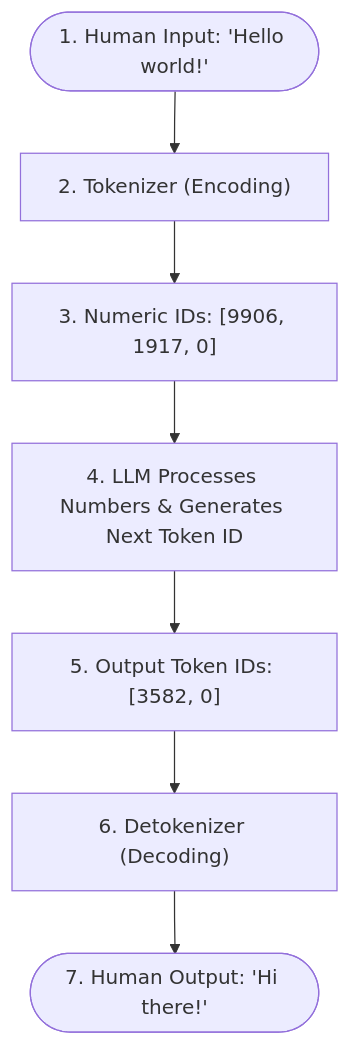
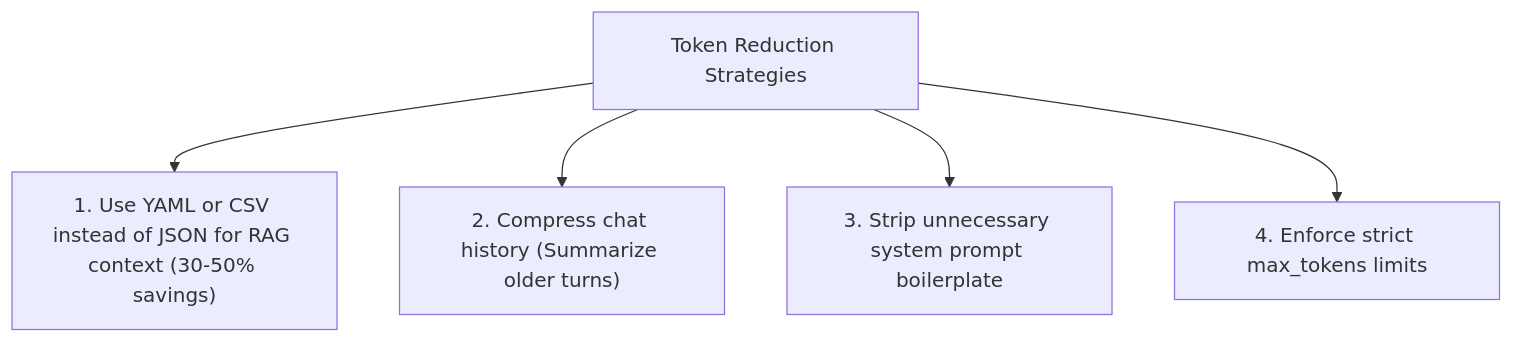
One commit to mr-mk-dev/py-ai-craft changed the ninth of 9 diagrams in 02-llm-api-fundamentals/02-tokens/README.md. Above: the diagram before and after it, drawn with Mermaid. The commit also changed other lines of this file and 114 other files, not shown here.

Commit message:
Full RoadMap .md file Completed

````diff
--- a/02-llm-api-fundamentals/02-tokens/README.md
+++ b/02-llm-api-fundamentals/02-tokens/README.md
@@ -109,9 +319,8 @@
 ```mermaid
 flowchart TD
-    UserText(["1. Human Input: 'Hello world!'"]) --> Tokenizer["2. Tokenizer (Encoding)"]
-    Tokenizer --> TokenIDs["3. Numeric IDs: [9906, 1917, 0]"]
-    TokenIDs --> LLM["4. LLM Processes Numbers & Generates Next Token ID"]
-    LLM --> GeneratedIDs["5. Output Token IDs: [3582, 0]"]
-    GeneratedIDs --> Detokenizer["6. Detokenizer (Decoding)"]
-    Detokenizer --> FinalText(["7. Human Output: 'Hi there!'"])
+    Optimize["Token Reduction Strategies"]
+    Optimize --> S1["1. Use YAML or CSV instead of JSON for RAG context (30-50% savings)"]
+    Optimize --> S2["2. Compress chat history (Summarize older turns)"]
+    Optimize --> S3["3. Strip unnecessary system prompt boilerplate"]
+    Optimize --> S4["4. Enforce strict max_tokens limits"]
 ```
````
